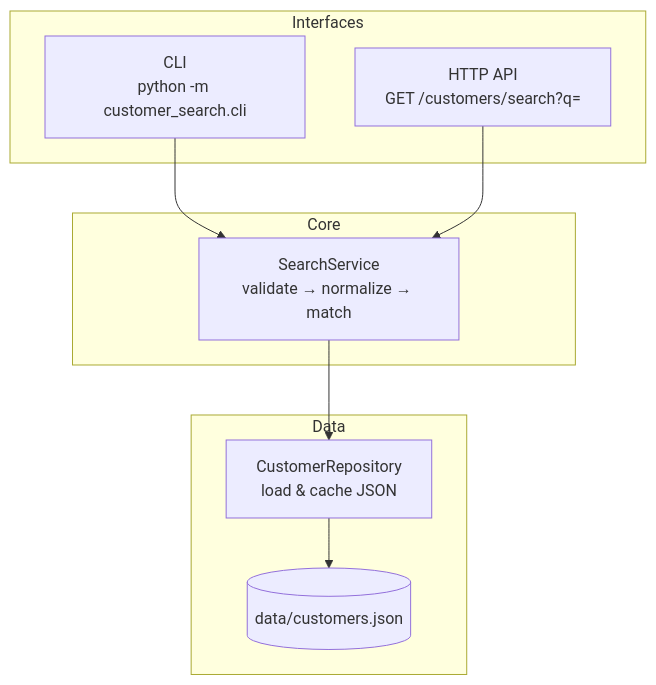
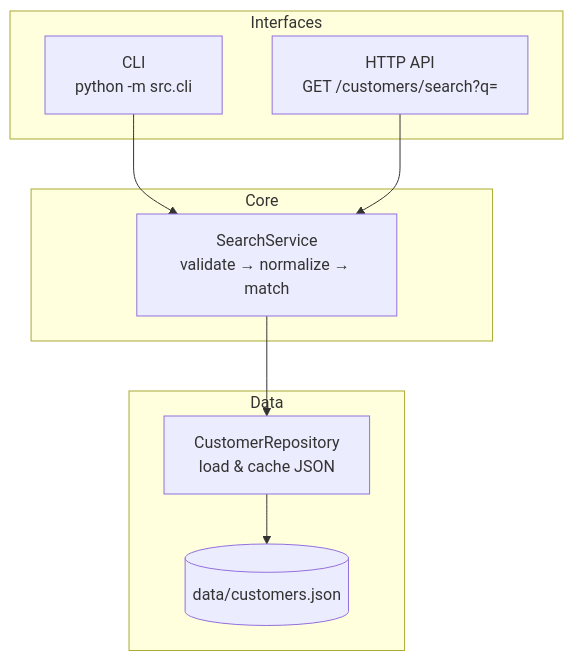
Before and after one commit to cristTianDeMartino/ada5: the first of 4 diagrams in ARCHITECTURE.md, drawn with Mermaid. The commit also changed other lines of this file and 43 other files, not shown here.

````diff
--- a/ARCHITECTURE.md
+++ b/ARCHITECTURE.md
@@ -13,21 +13,21 @@
 ```mermaid
 flowchart TD
     subgraph Interfaces
-        CLI["CLI\npython -m customer_search.cli"]
+        CLI["CLI\npython -m src.cli"]
         API["HTTP API\nGET /customers/search?q="]
     end
 
     subgraph Core
         SVC["SearchService\nvalidate → normalize → match"]
     end
 
     subgraph Data
         REPO["CustomerRepository\nload & cache JSON"]
         JSON[("data/customers.json")]
     end
 
     CLI --> SVC
     API --> SVC
     SVC --> REPO
     REPO --> JSON
 ```
````
